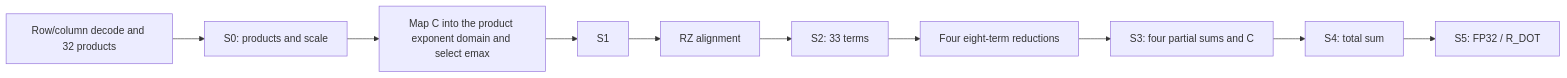
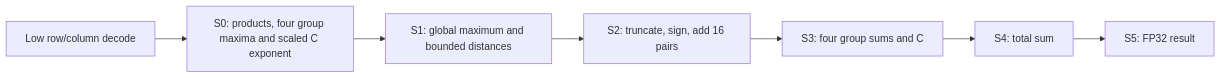
The diagram in doc/rtl_specs/dot/blackwell_f4f6f8_dot.md (yuhin777/Allegro), drawn with Mermaid before and after one commit. The commit also changed other lines of this file and 39 other files, not shown here.

````diff
--- a/doc/rtl_specs/dot/blackwell_f4f6f8_dot.md
+++ b/doc/rtl_specs/dot/blackwell_f4f6f8_dot.md
@@ -12,12 +12,9 @@
 ```mermaid
 flowchart LR
-  I["Row/column decode and 32 products"] --> S0["S0: products and scale"]
-  S0 --> E["Map C into the product exponent domain and select emax"]
-  E --> S1[S1]
-  S1 --> AL["RZ alignment"]
-  AL --> S2["S2: 33 terms"]
-  S2 --> R["Four eight-term reductions"]
-  R --> S3["S3: four partial sums and C"]
+  I["Low row/column decode"] --> S0["S0: products, four group maxima and scaled C exponent"]
+  S0 --> S1["S1: global maximum and bounded distances"]
+  S1 --> S2["S2: truncate, sign, add 16 pairs"]
+  S2 --> S3["S3: four group sums and C"]
   S3 --> S4["S4: total sum"]
-  S4 --> S5[S5: FP32 / R_DOT]
+  S4 --> S5["S5: FP32 result"]
 ```
````
